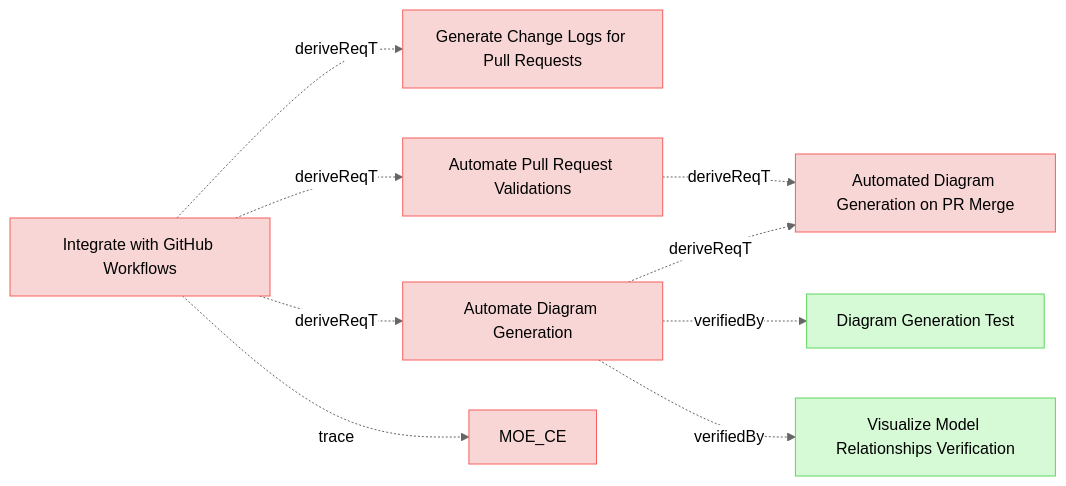
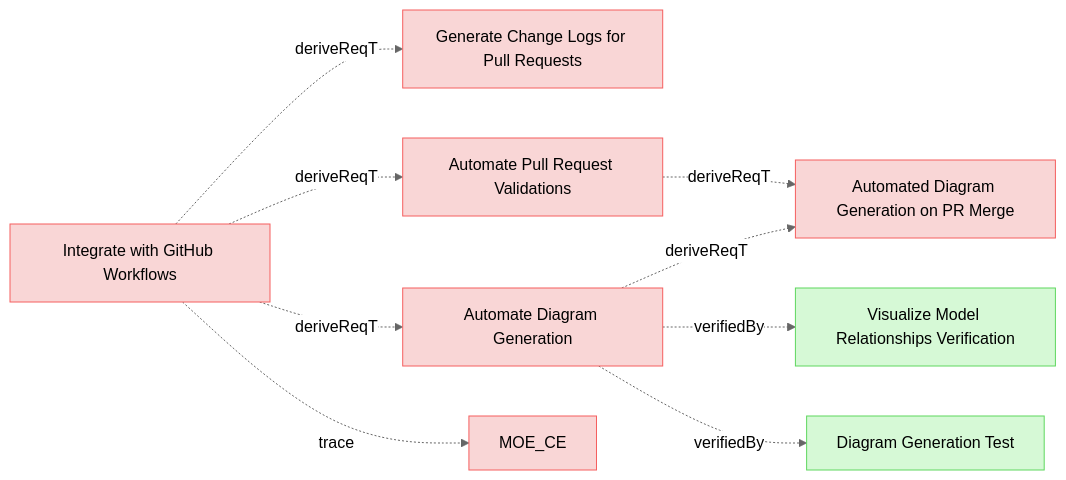
Before and after one commit to reqvire-org/reqvire: the fourth of 9 diagrams in specifications/UserRequirements.md, drawn with Mermaid (neutral theme). The commit also changed other lines of this file and 23 other files, not shown here.

````diff
--- a/specifications/UserRequirements.md
+++ b/specifications/UserRequirements.md
@@ -486,42 +479,42 @@
 ```mermaid
 graph LR;
   %% REQVIRE-AUTOGENERATED-DIAGRAM
   %% Graph styling
   classDef requirement fill:#f9d6d6,stroke:#f55f5f,stroke-width:1px;
   classDef verification fill:#d6f9d6,stroke:#5fd75f,stroke-width:1px;
   classDef externalLink fill:#d0e0ff,stroke:#3080ff,stroke-width:1px;
   classDef default fill:#f5f5f5,stroke:#333333,stroke-width:1px;
 
   672b444a568468b8["Generate Change Logs for Pull Requests"];
   class 672b444a568468b8 requirement;
   click 672b444a568468b8 "UserRequirements.md#generate-change-logs-for-pull-requests";
   15f2f511b2399406["Automate Pull Request Validations"];
   class 15f2f511b2399406 requirement;
   click 15f2f511b2399406 "UserRequirements.md#automate-pull-request-validations";
   3e3df7ad427a88fa["Automated Diagram Generation on PR Merge"];
   class 3e3df7ad427a88fa requirement;
   click 3e3df7ad427a88fa "SystemRequirements/Requirements.md#automated-diagram-generation-on-pr-merge";
   15f2f511b2399406 -.->|deriveReqT| 3e3df7ad427a88fa;
   98a581084d5542fa["Automate Diagram Generation"];
   class 98a581084d5542fa requirement;
   click 98a581084d5542fa "UserRequirements.md#automate-diagram-generation";
-  98a581084d5542fa -.->|deriveReqT| 3e3df7ad427a88fa;
+  de8ab093f22a5cd7["Visualize Model Relationships Verification"];
+  class de8ab093f22a5cd7 verification;
+  click de8ab093f22a5cd7 "Verifications/DiagramsTests.md#visualize-model-relationships-verification";
+  98a581084d5542fa -.->|verifiedBy| de8ab093f22a5cd7;
   2d2cf67bb8070da8["Diagram Generation Test"];
   class 2d2cf67bb8070da8 verification;
   click 2d2cf67bb8070da8 "Verifications/DiagramsTests.md#diagram-generation-test";
   98a581084d5542fa -.->|verifiedBy| 2d2cf67bb8070da8;
-  de8ab093f22a5cd7["Visualize Model Relationships Verification"];
-  class de8ab093f22a5cd7 verification;
-  click de8ab093f22a5cd7 "Verifications/DiagramsTests.md#visualize-model-relationships-verification";
-  98a581084d5542fa -.->|verifiedBy| de8ab093f22a5cd7;
+  98a581084d5542fa -.->|deriveReqT| 3e3df7ad427a88fa;
   98eaeddc27f99e11["Integrate with GitHub Workflows"];
   class 98eaeddc27f99e11 requirement;
   click 98eaeddc27f99e11 "UserStories.md#integrate-with-github-workflows";
   e9ad540a6411a0fc["MOE_CE"];
   class e9ad540a6411a0fc requirement;
   click e9ad540a6411a0fc "MOEs.md#moe_ce";
   98eaeddc27f99e11 -.->|trace| e9ad540a6411a0fc;
   98eaeddc27f99e11 -.->|deriveReqT| 672b444a568468b8;
   98eaeddc27f99e11 -.->|deriveReqT| 15f2f511b2399406;
   98eaeddc27f99e11 -.->|deriveReqT| 98a581084d5542fa;
 ```
````
